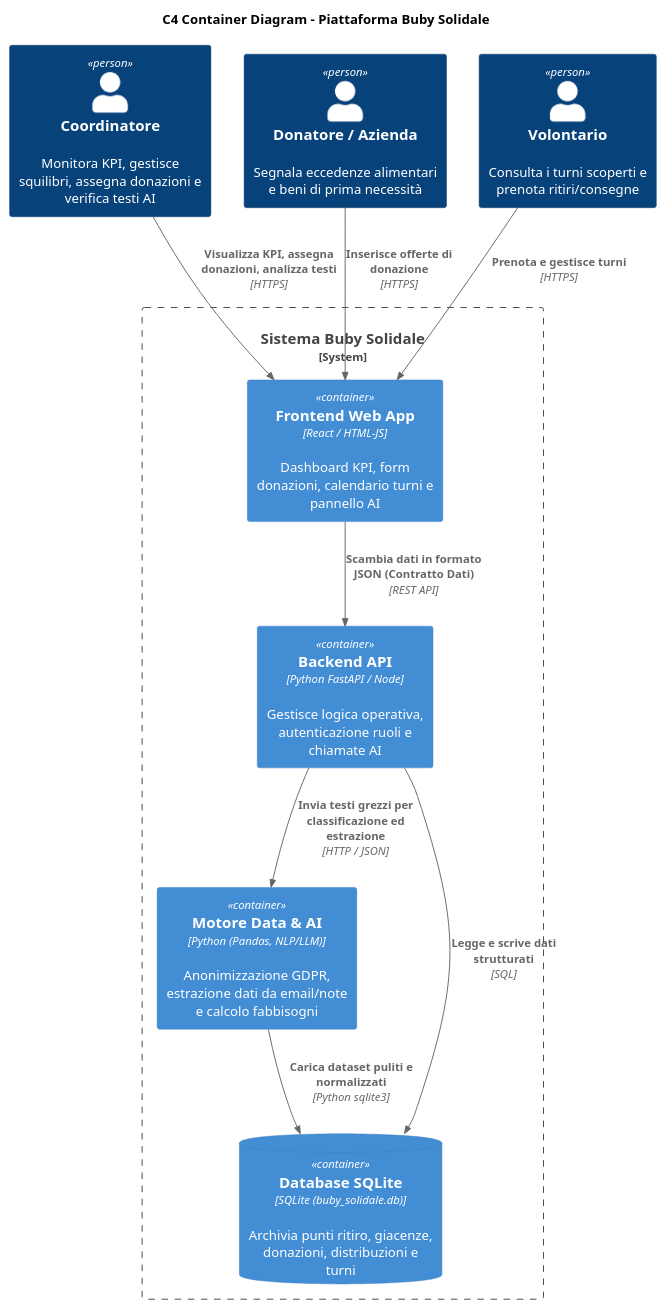
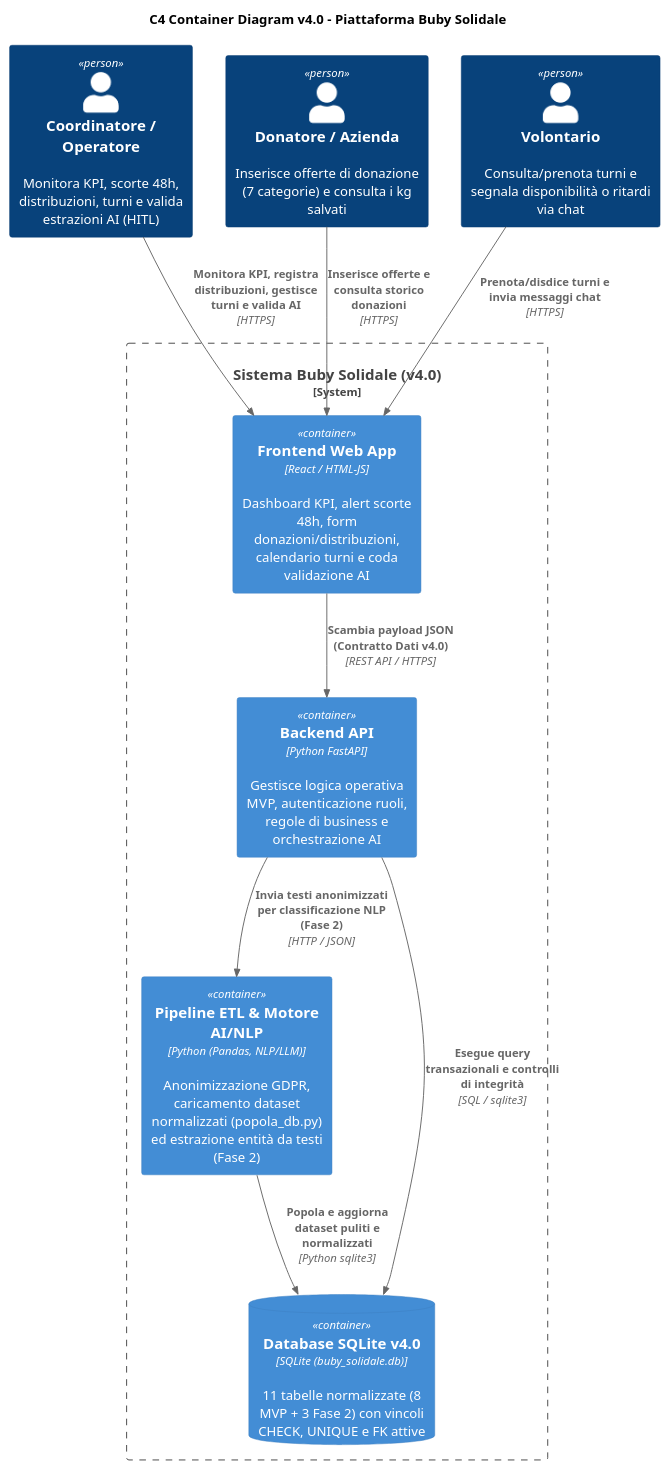
Before and after one commit to leonidaqemeqi/Solid7: the diagram in docs/architettura.puml, drawn with PlantUML. The commit also changed other lines of this file and 9 other files, not shown here.

Commit message:
Aggiornati contratto dati e diagrammi alla v4.0

```diff
--- a/docs/architettura.puml
+++ b/docs/architettura.puml
@@ -1,26 +2,26 @@
-@startuml architettura_buby
+@startuml architettura_buby_v4
 !include <C4/C4_Container>
 
-title C4 Container Diagram – Piattaforma Buby Solidale
+title C4 Container Diagram v4.0 – Piattaforma Buby Solidale
 
-Person(coordinatore, "Coordinatore", "Monitora KPI, gestisce squilibri, assegna donazioni e verifica testi AI")
-Person(donatore, "Donatore / Azienda", "Segnala eccedenze alimentari e beni di prima necessità")
-Person(volontario, "Volontario", "Consulta i turni scoperti e prenota ritiri/consegne")
+Person(coordinatore, "Coordinatore / Operatore", "Monitora KPI, scorte 48h, distribuzioni, turni e valida estrazioni AI (HITL)")
+Person(donatore, "Donatore / Azienda", "Inserisce offerte di donazione (7 categorie) e consulta i kg salvati")
+Person(volontario, "Volontario", "Consulta/prenota turni e segnala disponibilità o ritardi via chat")
 
-System_Boundary(buby, "Sistema Buby Solidale") {
-    Container(webapp, "Frontend Web App", "React / HTML-JS", "Dashboard KPI, form donazioni, calendario turni e pannello AI")
-    Container(api, "Backend API", "Python FastAPI / Node", "Gestisce logica operativa, autenticazione ruoli e chiamate AI")
-    Container(ai_engine, "Motore Data & AI", "Python (Pandas, NLP/LLM)", "Anonimizzazione GDPR, estrazione dati da email/note e calcolo fabbisogni")
-    ContainerDb(db, "Database SQLite", "SQLite (buby_solidale.db)", "Archivia punti ritiro, giacenze, donazioni, distribuzioni e turni")
+System_Boundary(buby, "Sistema Buby Solidale (v4.0)") {
+    Container(webapp, "Frontend Web App", "React / HTML-JS", "Dashboard KPI, alert scorte 48h, form donazioni/distribuzioni, calendario turni e coda validazione AI")
+    Container(api, "Backend API", "Python FastAPI", "Gestisce logica operativa MVP, autenticazione ruoli, regole di business e orchestrazione AI")
+    Container(ai_engine, "Pipeline ETL & Motore AI/NLP", "Python (Pandas, NLP/LLM)", "Anonimizzazione GDPR, caricamento dataset normalizzati (popola_db.py) ed estrazione entità da testi (Fase 2)")
+    ContainerDb(db, "Database SQLite v4.0", "SQLite (buby_solidale.db)", "11 tabelle normalizzate (8 MVP + 3 Fase 2) con vincoli CHECK, UNIQUE e FK attive")
 }
 
-Rel(coordinatore, webapp, "Visualizza KPI, assegna donazioni, analizza testi", "HTTPS")
-Rel(donatore, webapp, "Inserisce offerte di donazione", "HTTPS")
-Rel(volontario, webapp, "Prenota e gestisce turni", "HTTPS")
+Rel(coordinatore, webapp, "Monitora KPI, registra distribuzioni, gestisce turni e valida AI", "HTTPS")
+Rel(donatore, webapp, "Inserisce offerte e consulta storico donazioni", "HTTPS")
+Rel(volontario, webapp, "Prenota/disdice turni e invia messaggi chat", "HTTPS")
 
-Rel(webapp, api, "Scambia dati in formato JSON (Contratto Dati)", "REST API")
-Rel(api, db, "Legge e scrive dati strutturati", "SQL")
-Rel(api, ai_engine, "Invia testi grezzi per classificazione ed estrazione", "HTTP / JSON")
-Rel(ai_engine, db, "Carica dataset puliti e normalizzati", "Python sqlite3")
+Rel(webapp, api, "Scambia payload JSON (Contratto Dati v4.0)", "REST API / HTTPS")
+Rel(api, db, "Esegue query transazionali e controlli di integrità", "SQL / sqlite3")
+Rel(api, ai_engine, "Invia testi anonimizzati per classificazione NLP (Fase 2)", "HTTP / JSON")
+Rel(ai_engine, db, "Popola e aggiorna dataset puliti e normalizzati", "Python sqlite3")
 
 @enduml
```
